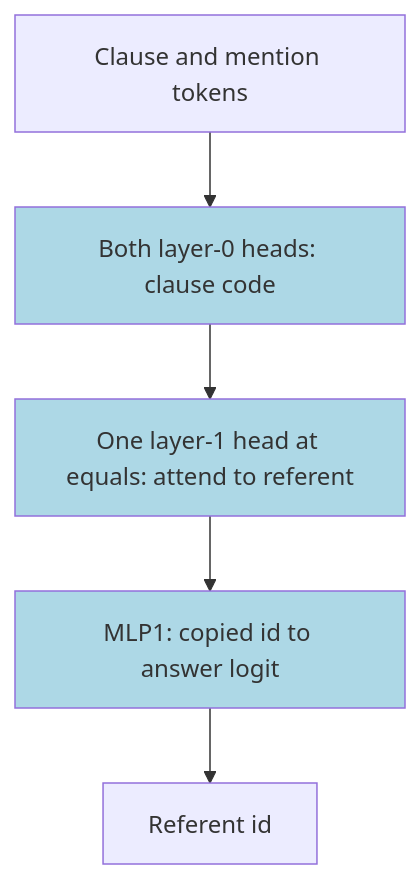
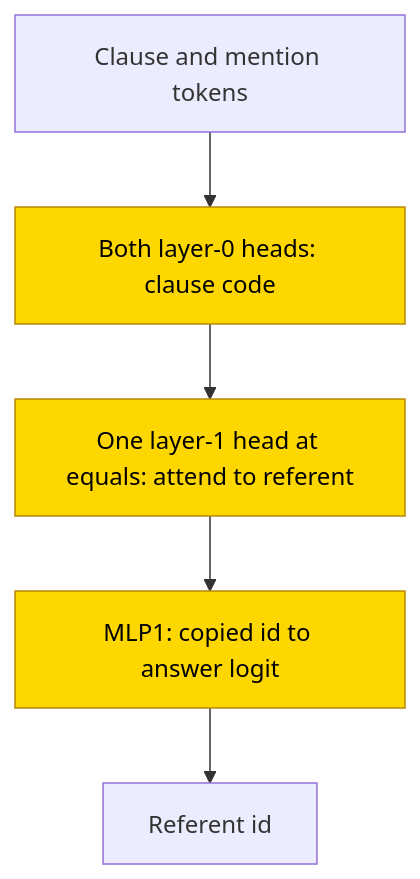
Before and after one commit to jc1122/mechanistic-interpretability-circuit-atlas: the second of 2 diagrams in entries/binding-coreference.md, drawn with Mermaid. The commit also changed other lines of this file and 40 other files, not shown here.

First line of the commit message:
Cold-reader pass on all 41 entries: reading routes, first-screen scopes, accessible diagrams, verified headline sources (ux_reader1/2)

````diff
--- a/entries/binding-coreference.md
+++ b/entries/binding-coreference.md
@@ -156,9 +162,11 @@
 ```mermaid
 flowchart TD
+    accTitle: Single referent-head family in successful answer-only models
+    accDescr: Trained early heads form a clause code, a final-layer head retrieves the referent, and the final MLP writes its identifier. All displayed computational stages are trained. Status is sufficient readout only: substitution passes, but resampling outside the shared circuit fails.
     X["Clause and mention tokens"] --> C["Both layer-0 heads: clause code"]
     C --> H["One layer-1 head at equals: attend to referent"]
     H --> M["MLP1: copied id to answer logit"]
     M --> Y["Referent id"]
-    classDef trained fill:lightblue
+    classDef trained fill:gold,stroke:darkgoldenrod,color:black
     class C,H,M trained
 ```
````
